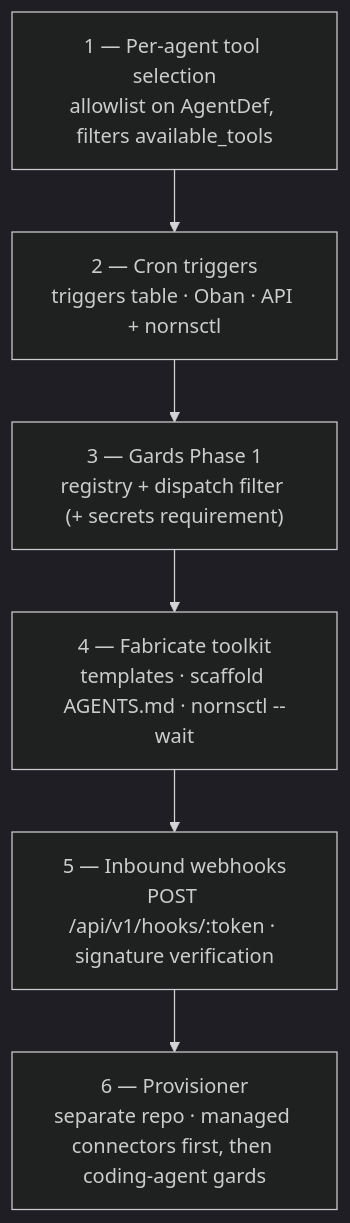
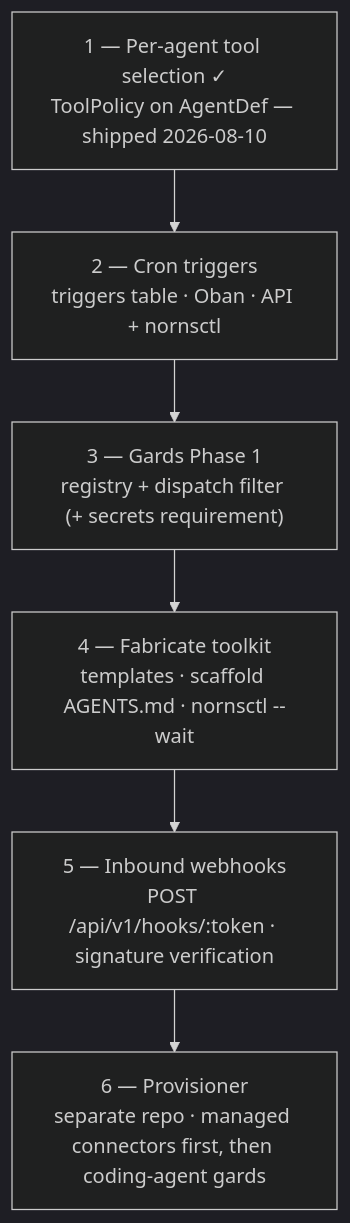
The diagram in docs/roadmap.md (amackera/norns), drawn with Mermaid (dark theme) before and after one commit. The commit also changed other lines of this file and 8 other files, not shown here.

First line of the commit message:
Add per-agent tool selection via ToolPolicy allowlist

````diff
--- a/docs/roadmap.md
+++ b/docs/roadmap.md
@@ -54,10 +54,10 @@
 ```mermaid
 flowchart TB
-    A["1 — Per-agent tool selection<br/>allowlist on AgentDef, filters available_tools"]
+    A["1 — Per-agent tool selection ✓<br/>ToolPolicy on AgentDef — shipped 2026-08-10"]
     B["2 — Cron triggers<br/>triggers table · Oban · API + nornsctl"]
     C["3 — Gards Phase 1<br/>registry + dispatch filter (+ secrets requirement)"]
     D["4 — Fabricate toolkit<br/>templates · scaffold AGENTS.md · nornsctl --wait"]
     E["5 — Inbound webhooks<br/>POST /api/v1/hooks/:token · signature verification"]
     F["6 — Provisioner<br/>separate repo · managed connectors first, then coding-agent gards"]
     A --> B --> C --> D --> E --> F
 ```
````
